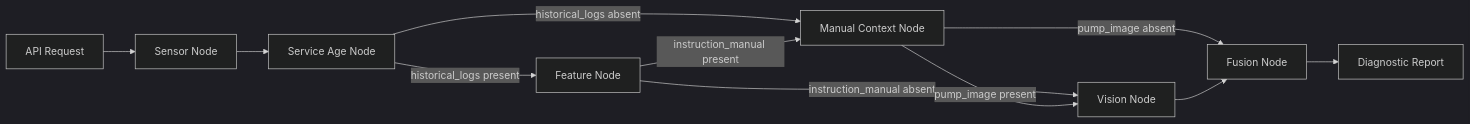
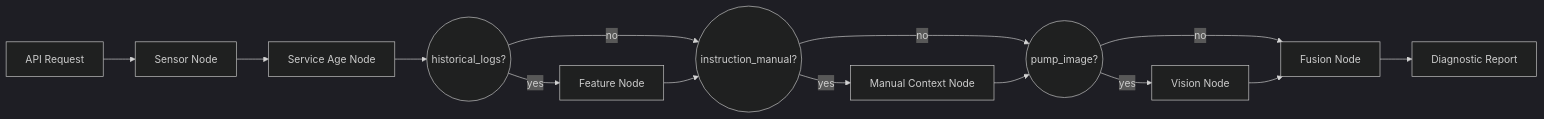
The diagram in README.md (Murthypsty0419/Multi-Modal-Predictive-Maintenance-Agent), drawn with Mermaid (dark theme) before and after one commit.

````diff
--- a/README.md
+++ b/README.md
@@ -23,12 +24,19 @@
 ```mermaid
 flowchart LR
-    A[API Request] --> SN[Sensor Node] --> SAN[Service Age Node]
-    SAN -->|historical_logs present| FN[Feature Node]
-    SAN -->|historical_logs absent| MCN[Manual Context Node]
-    FN -->|instruction_manual present| MCN
-    FN -->|instruction_manual absent| VN[Vision Node]
-    MCN -->|pump_image present| VN
-    MCN -->|pump_image absent| FUSE[Fusion Node]
-    VN --> FUSE
-    FUSE --> R[Diagnostic Report]
+	A[API Request] --> SN[Sensor Node] --> SAN[Service Age Node]
+
+	SAN --> C1((historical_logs?))
+	C1 -->|yes| FN[Feature Node]
+	C1 -->|no| C2((instruction_manual?))
+
+	FN --> C2
+	C2 -->|yes| MCN[Manual Context Node]
+	C2 -->|no| C3((pump_image?))
+
+	MCN --> C3
+	C3 -->|yes| VN[Vision Node]
+	C3 -->|no| FUSE[Fusion Node]
+
+	VN --> FUSE
+	FUSE --> R[Diagnostic Report]
 ```
````
